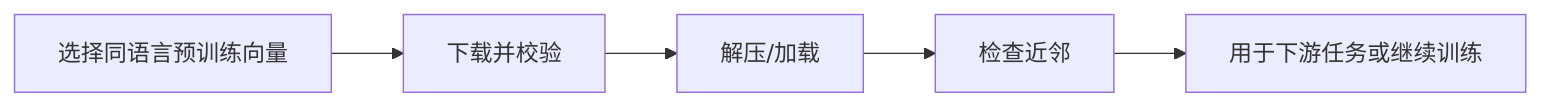
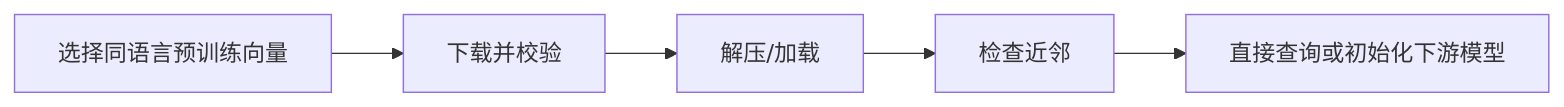
One commit to luyunix/nlp_study changed the first of 3 diagrams in notes/fasttext-classification/11-pretrained-vectors-transfer.md. Above: the diagram before and after it, drawn with Mermaid. The commit also changed other lines of this file and 107 other files, not shown here.

````diff
--- a/notes/fasttext-classification/11-pretrained-vectors-transfer.md
+++ b/notes/fasttext-classification/11-pretrained-vectors-transfer.md
@@ -17,12 +17,12 @@
 ```mermaid
 flowchart LR
     N0["选择同语言预训练向量"]
     N1["下载并校验"]
     N2["解压/加载"]
     N3["检查近邻"]
-    N4["用于下游任务或继续训练"]
+    N4["直接查询或初始化下游模型"]
     N0 --> N1
     N1 --> N2
     N2 --> N3
     N3 --> N4
 ```
````
